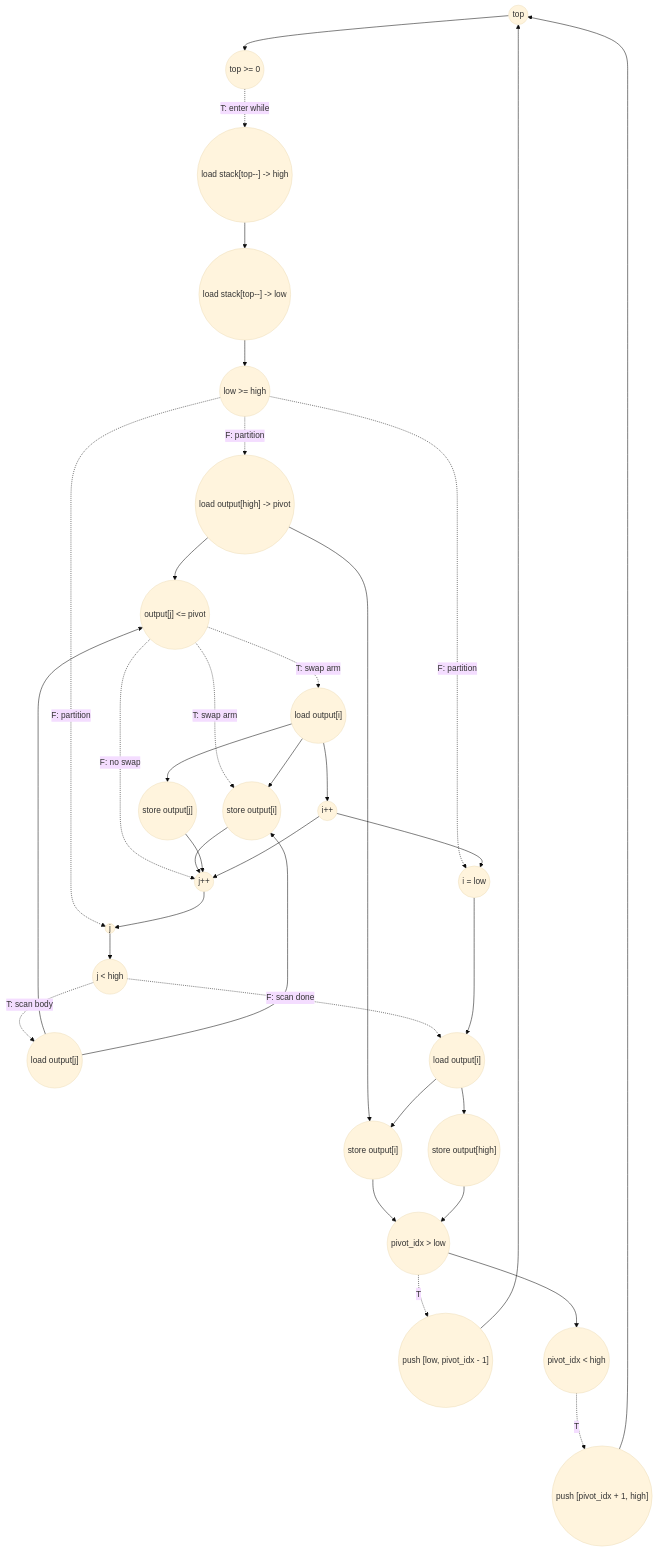
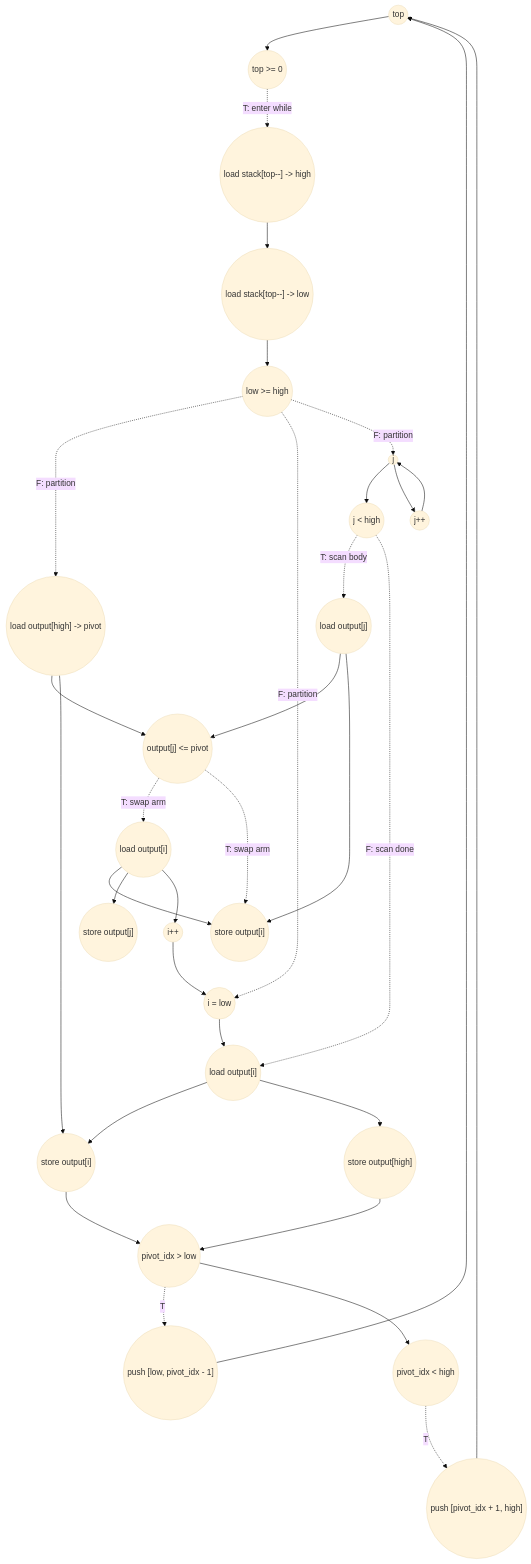
The diagram in tests/app/sort_quick/sort_quick_eval.md (PolyArch/loom), drawn with Mermaid (base theme) before and after one commit. The commit also changed other lines of this file and 1 other file, not shown here.

````diff
--- a/tests/app/sort_quick/sort_quick_eval.md
+++ b/tests/app/sort_quick/sort_quick_eval.md
@@ -153,77 +207,74 @@
 ```mermaid
 graph TD
     %% Stack-controlled range pop
     top_in(("top"))
     cmp_while(("top >= 0"))
     pop_high(("load stack[top--] -> high"))
     pop_low(("load stack[top--] -> low"))
     cmp_range(("low >= high"))
 
     %% Partition setup
     pivot_load(("load output[high] -> pivot"))
     i_state(("i = low"))
     j_state(("j"))
 
     %% One scan iteration
     cmp_j(("j < high"))
     load_j(("load output[j]"))
     cmp_pivot(("output[j] <= pivot"))
     load_i(("load output[i]"))
     st_i(("store output[i]"))
     st_j(("store output[j]"))
     inc_i(("i++"))
     inc_j(("j++"))
 
     %% Final pivot placement
     final_load_i(("load output[i]"))
     final_st_i(("store output[i]"))
     final_st_high(("store output[high]"))
 
     %% Child pushes
     cmp_left(("pivot_idx > low"))
     push_left(("push [low, pivot_idx - 1]"))
     cmp_right(("pivot_idx < high"))
     push_right(("push [pivot_idx + 1, high]"))
 
     top_in --> cmp_while
     cmp_while -. T: enter while .-> pop_high
     pop_high --> pop_low
     pop_low --> cmp_range
 
     cmp_range -. F: partition .-> pivot_load
     cmp_range -. F: partition .-> i_state
     cmp_range -. F: partition .-> j_state
 
     j_state --> cmp_j
     cmp_j -. T: scan body .-> load_j
     load_j --> cmp_pivot
     pivot_load --> cmp_pivot
 
     cmp_pivot -. T: swap arm .-> load_i
     cmp_pivot -. T: swap arm .-> st_i
     load_j --> st_i
     load_i --> st_i
     load_i --> st_j
     load_i --> inc_i
     inc_i --> i_state
 
-    cmp_pivot -. F: no swap .-> inc_j
-    st_i --> inc_j
-    st_j --> inc_j
-    inc_i --> inc_j
+    j_state --> inc_j
     inc_j --> j_state
 
     cmp_j -. F: scan done .-> final_load_i
     i_state --> final_load_i
     pivot_load --> final_st_i
     final_load_i --> final_st_i
     final_load_i --> final_st_high
 
     final_st_i --> cmp_left
     final_st_high --> cmp_left
     cmp_left -. T .-> push_left
     cmp_left --> cmp_right
     cmp_right -. T .-> push_right
     push_left --> top_in
     push_right --> top_in
 ```
````
